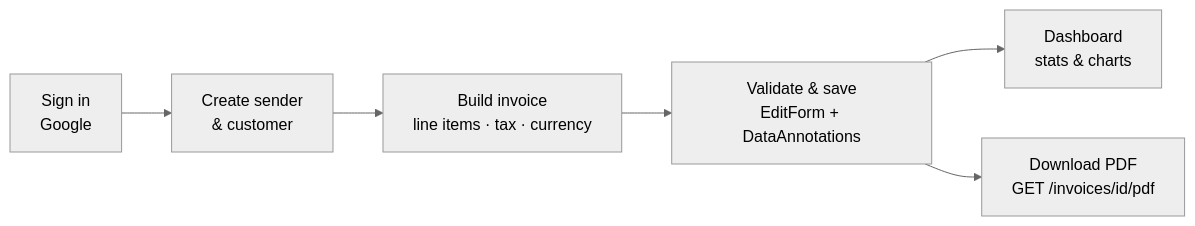
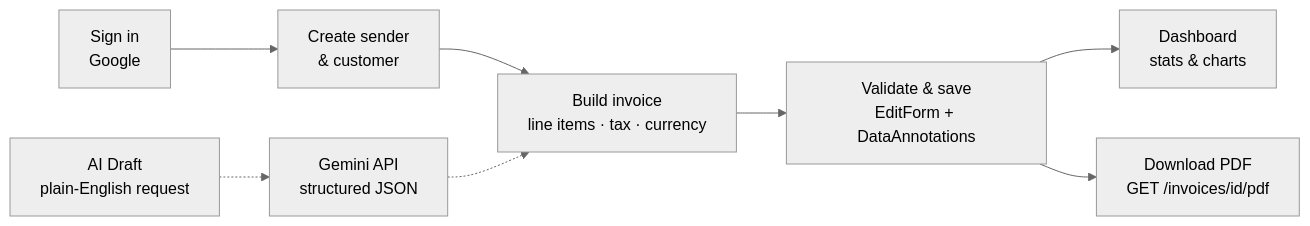
The second of 2 diagrams in README.md (Sudip777/invoice-builder), drawn with Mermaid (neutral theme) before and after one commit. The commit also changed other lines of this file and 1 other file, not shown here.

````diff
--- a/README.md
+++ b/README.md
@@ -101,8 +124,9 @@
 ```mermaid
 flowchart LR
     A[Sign in<br/>Google] --> B[Create sender<br/>& customer]
     B --> C[Build invoice<br/>line items · tax · currency]
+    G[AI Draft<br/>plain-English request] -.-> H[Gemini API<br/>structured JSON] -.-> C
     C --> D[Validate & save<br/>EditForm + DataAnnotations]
     D --> E[Dashboard<br/>stats & charts]
     D --> F[Download PDF<br/>GET /invoices/id/pdf]
 ```
````
